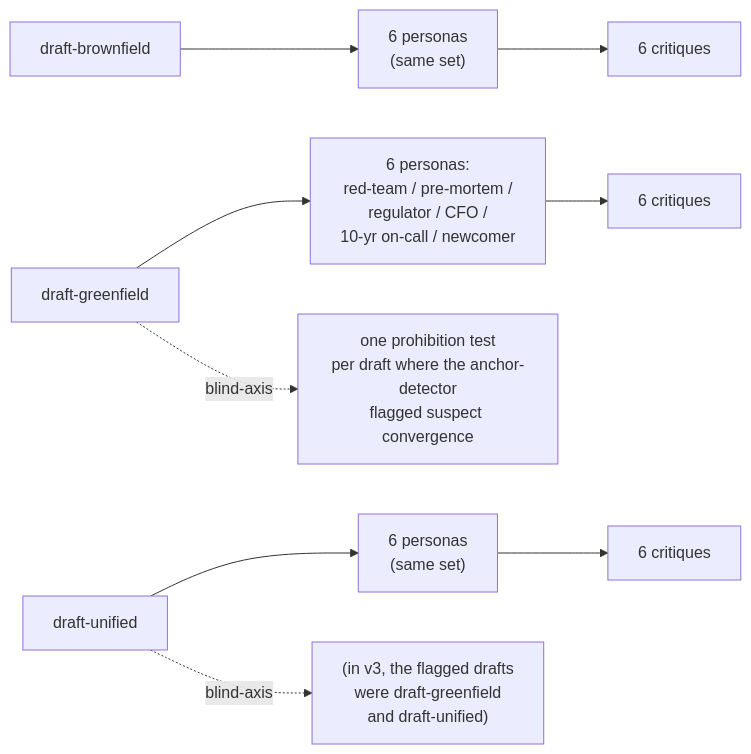
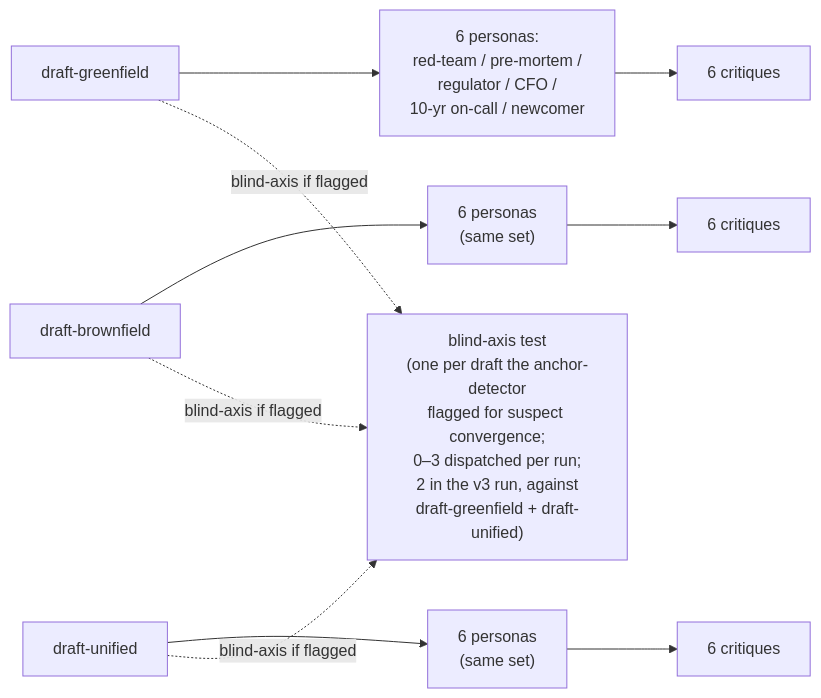
The sixth of 11 diagrams in research-plan-v3-primer.md (lago-morph/software-factory), drawn with Mermaid before and after one commit. The commit also changed other lines of this file, not shown here.

````diff
--- a/research-plan-v3-primer.md
+++ b/research-plan-v3-primer.md
@@ -137,13 +137,16 @@
 ```mermaid
 flowchart LR
     DG["draft-greenfield"] --> RG["6 personas:<br/>red-team / pre-mortem /<br/>regulator / CFO /<br/>10-yr on-call / newcomer"]
     DB["draft-brownfield"] --> RB["6 personas<br/>(same set)"]
     DU["draft-unified"] --> RU["6 personas<br/>(same set)"]
 
     RG --> CG["6 critiques"]
     RB --> CB["6 critiques"]
     RU --> CU["6 critiques"]
 
-    DG -.->|"blind-axis"| D7G["one prohibition test<br/>per draft where the anchor-detector<br/>flagged suspect convergence"]
-    DU -.->|"blind-axis"| D7U["(in v3, the flagged drafts<br/>were draft-greenfield<br/>and draft-unified)"]
+    DG -.->|"blind-axis if flagged"| D7
+    DB -.->|"blind-axis if flagged"| D7
+    DU -.->|"blind-axis if flagged"| D7
+
+    D7["blind-axis test<br/>(one per draft the anchor-detector<br/>flagged for suspect convergence;<br/>0–3 dispatched per run;<br/>2 in the v3 run, against<br/>draft-greenfield + draft-unified)"]
 ```
````
